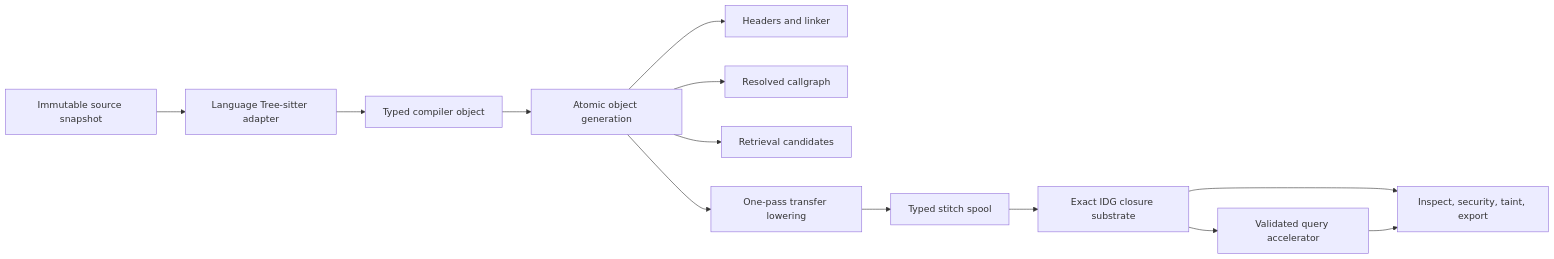
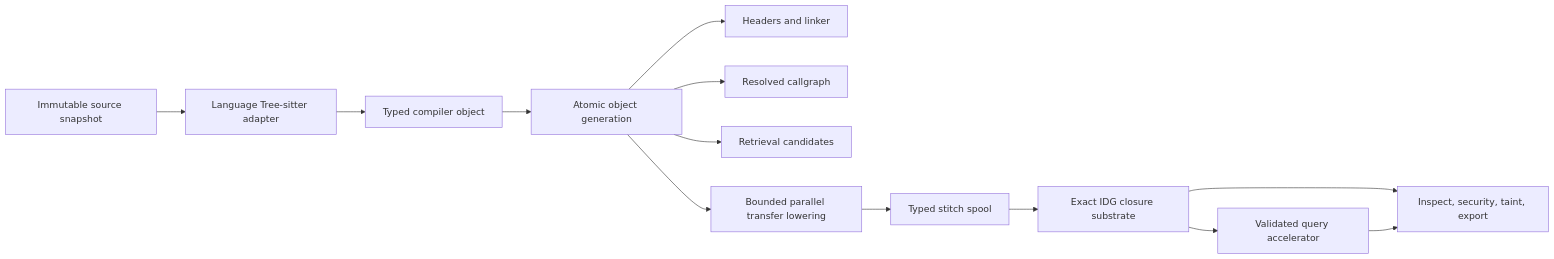
One commit to gromhacks/bonsai-ninja changed the diagram in docs/contributing/architecture.mdx. Above: the diagram before and after it, drawn with Mermaid. The commit also changed other lines of this file and 16 other files, not shown here.

````diff
--- a/docs/contributing/architecture.mdx
+++ b/docs/contributing/architecture.mdx
@@ -282,15 +282,15 @@
 ```mermaid
 flowchart LR
   S[Immutable source snapshot] --> T[Language Tree-sitter adapter]
   T --> O[Typed compiler object]
   O --> G[Atomic object generation]
   G --> L[Headers and linker]
   G --> C[Resolved callgraph]
   G --> R[Retrieval candidates]
-  G --> X[One-pass transfer lowering]
+  G --> X[Bounded parallel transfer lowering]
   X --> P[Typed stitch spool]
   P --> I[Exact IDG closure substrate]
   I --> A[Validated query accelerator]
   I --> Q[Inspect, security, taint, export]
   A --> Q
 ```
````
